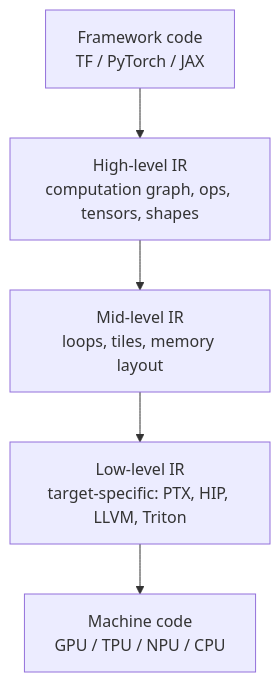
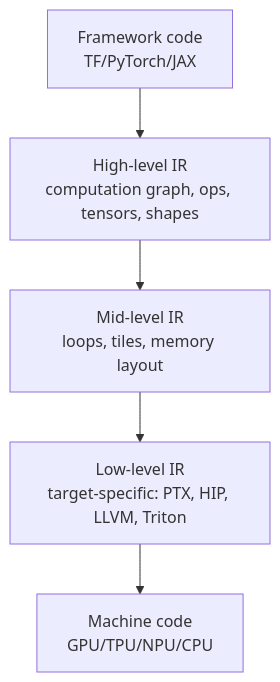
One commit to CSc-81010-Spring-2026/DL-Compilers changed the first of 4 diagrams in dl_compilers.md. Above: the diagram before and after it, drawn with Mermaid. The commit also changed other lines of this file, not shown here.

````diff
--- a/dl_compilers.md
+++ b/dl_compilers.md
@@ -89,7 +89,7 @@
 ```mermaid
 graph TD
-  fw["Framework code\nTF / PyTorch / JAX"] --> high["High-level IR\ncomputation graph, ops, tensors, shapes"]
+  fw["Framework code\nTF/PyTorch/JAX"] --> high["High-level IR\ncomputation graph, ops, tensors, shapes"]
   high --> mid["Mid-level IR\nloops, tiles, memory layout"]
   mid --> low["Low-level IR\ntarget-specific: PTX, HIP, LLVM, Triton"]
-  low --> mc["Machine code\nGPU / TPU / NPU / CPU"]
+  low --> mc["Machine code\nGPU/TPU/NPU/CPU"]
 ```
````
